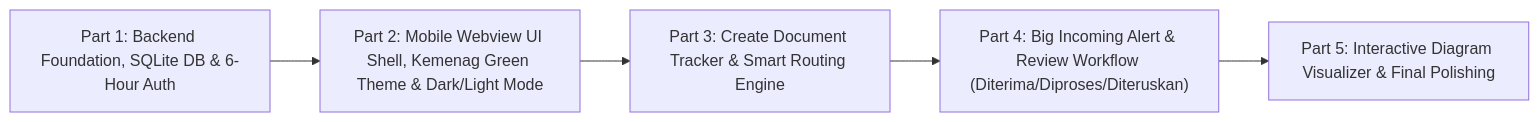
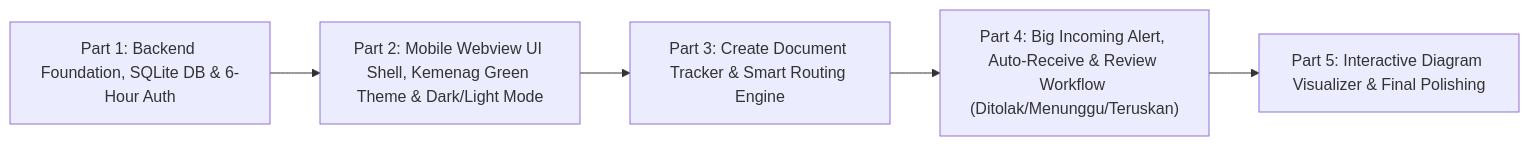
Before and after one commit to emenace/dokutra: the diagram in part.md, drawn with Mermaid. The commit also changed other lines of this file and 17 other files, not shown here.

Commit message:
Big Incoming Document Alert, Auto-Receive & Review Workflow

````diff
--- a/part.md
+++ b/part.md
@@ -6,7 +6,7 @@
 ```mermaid
 flowchart LR
     P1["Part 1: Backend Foundation, SQLite DB & 6-Hour Auth"] --> P2["Part 2: Mobile Webview UI Shell, Kemenag Green Theme & Dark/Light Mode"]
     P2 --> P3["Part 3: Create Document Tracker & Smart Routing Engine"]
-    P3 --> P4["Part 4: Big Incoming Alert & Review Workflow (Diterima/Diproses/Diteruskan)"]
+    P3 --> P4["Part 4: Big Incoming Alert, Auto-Receive & Review Workflow (Ditolak/Menunggu/Teruskan)"]
     P4 --> P5["Part 5: Interactive Diagram Visualizer & Final Polishing"]
 ```
````
